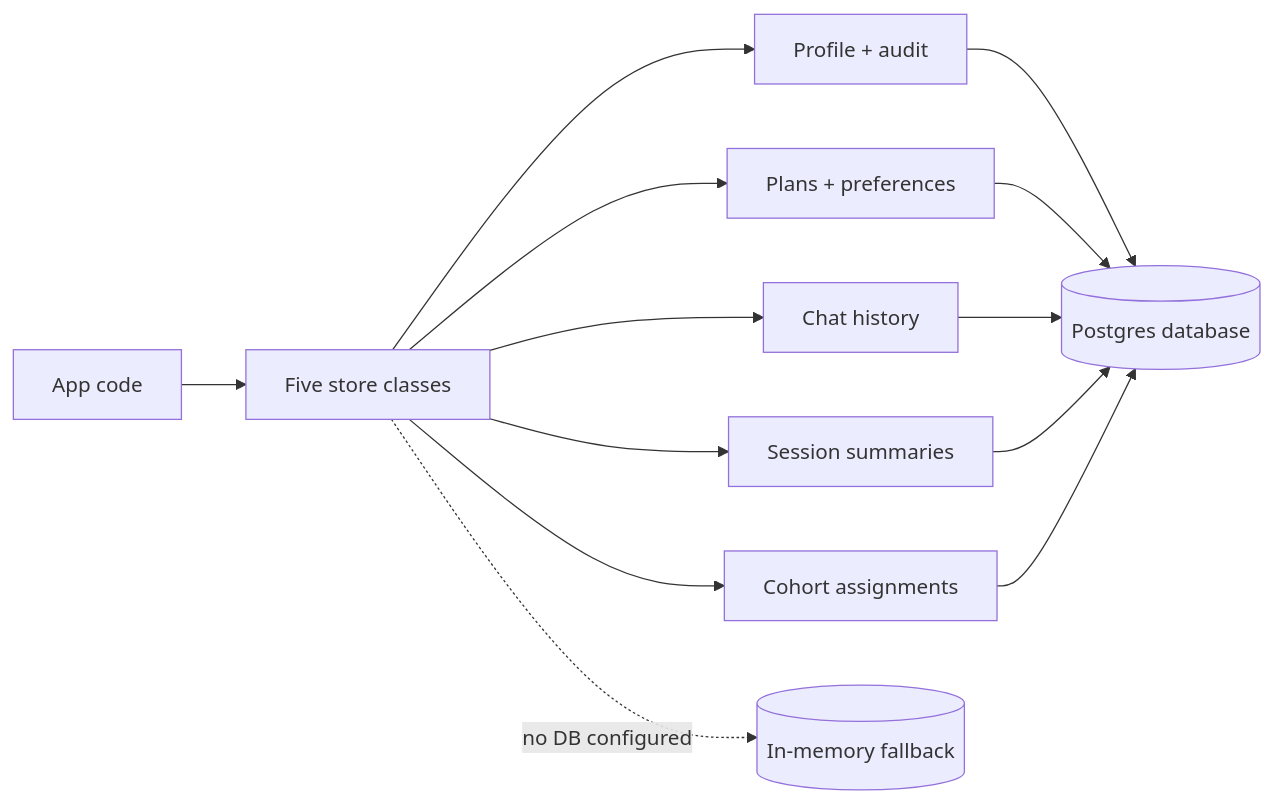
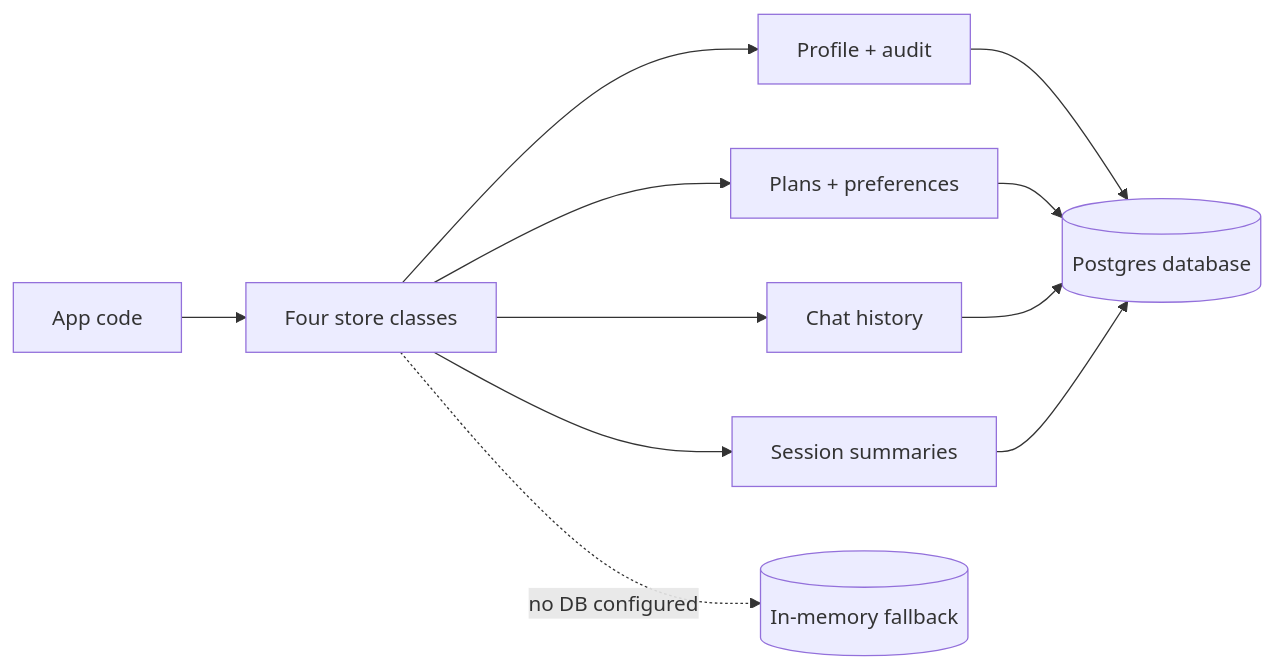
One commit to EdoardoMongardi/NYU_Path changed the first of 2 diagrams in Docs/current-system/web/db-and-stores.md. Above: the diagram before and after it, drawn with Mermaid. The commit also changed other lines of this file and 24 other files, not shown here.

````diff
--- a/Docs/current-system/web/db-and-stores.md
+++ b/Docs/current-system/web/db-and-stores.md
@@ -9,15 +9,13 @@
 ```mermaid
 flowchart LR
-    App[App code] --> Stores[Five store classes]
+    App[App code] --> Stores[Four store classes]
     Stores --> Profile[Profile + audit]
     Stores --> Schedule[Plans + preferences]
     Stores --> Chat[Chat history]
     Stores --> Sessions[Session summaries]
-    Stores --> Cohort[Cohort assignments]
     Profile --> Postgres[(Postgres database)]
     Schedule --> Postgres
     Chat --> Postgres
     Sessions --> Postgres
-    Cohort --> Postgres
     Stores -.no DB configured.-> Memory[(In-memory fallback)]
 ```
````
